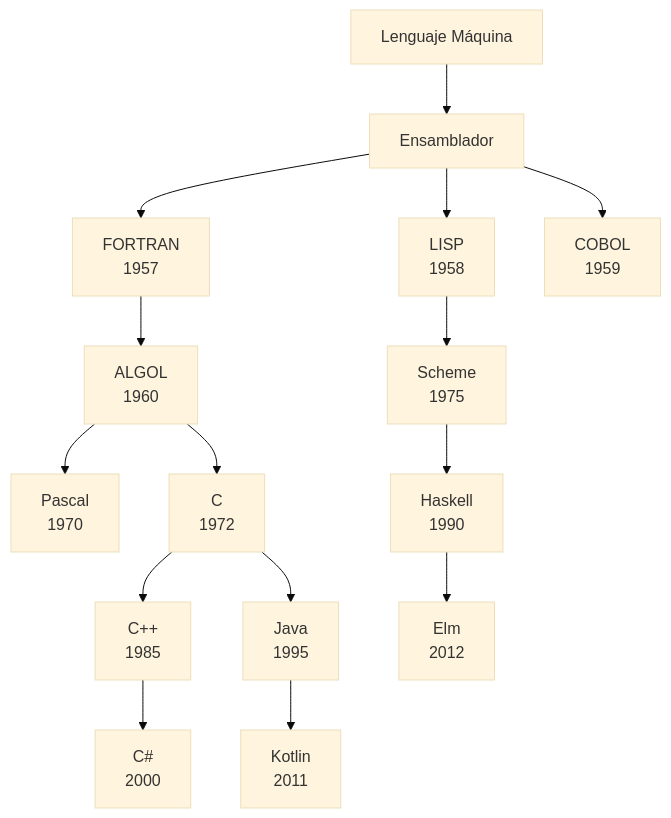
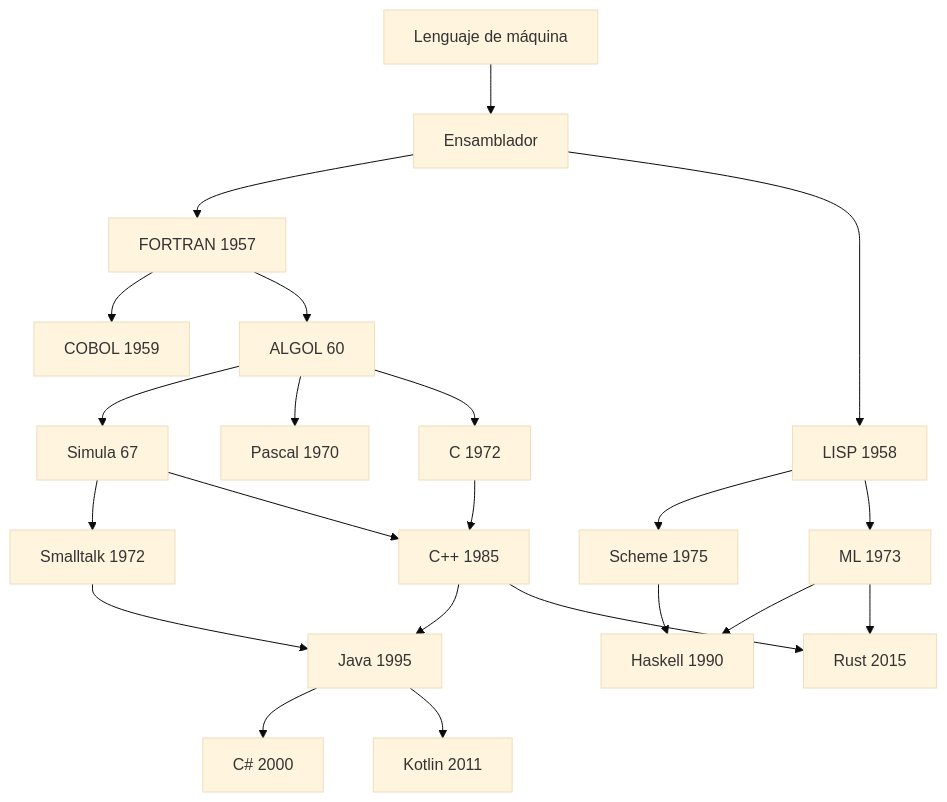
Before and after one commit to djaimej/computer-science-template: the diagram in public/documents/semester-5/4/5411.md, drawn with Mermaid (base theme). The commit also changed other lines of this file and 2 other files, not shown here.

````diff
--- a/public/documents/semester-5/4/5411.md
+++ b/public/documents/semester-5/4/5411.md
@@ -146,17 +42,24 @@
 ```mermaid
 flowchart TD
-    A[Lenguaje Máquina] --> B[Ensamblador]
-    B --> C[FORTRAN<br>1957]
-    B --> D[LISP<br>1958]
-    B --> E[COBOL<br>1959]
-    C --> F[ALGOL<br>1960]
-    D --> G[Scheme<br>1975]
-    F --> H[Pascal<br>1970]
-    F --> I[C<br>1972]
-    I --> J[C++<br>1985]
-    I --> K[Java<br>1995]
-    G --> L[Haskell<br>1990]
-    J --> M[C#<br>2000]
-    K --> N[Kotlin<br>2011]
-    L --> O[Elm<br>2012]
+    MQ["Lenguaje de máquina"] --> AS["Ensamblador"]
+    AS --> FO["FORTRAN 1957"]
+    AS --> LI["LISP 1958"]
+    FO --> CO["COBOL 1959"]
+    FO --> AL["ALGOL 60"]
+    AL --> SI["Simula 67"]
+    AL --> PA["Pascal 1970"]
+    AL --> C["C 1972"]
+    LI --> SC["Scheme 1975"]
+    LI --> ML["ML 1973"]
+    SI --> ST["Smalltalk 1972"]
+    C --> CP["C++ 1985"]
+    SI --> CP
+    ML --> HA["Haskell 1990"]
+    SC --> HA
+    CP --> JA["Java 1995"]
+    ST --> JA
+    JA --> CS["C# 2000"]
+    JA --> KO["Kotlin 2011"]
+    CP --> RU["Rust 2015"]
+    ML --> RU
 ```
````
